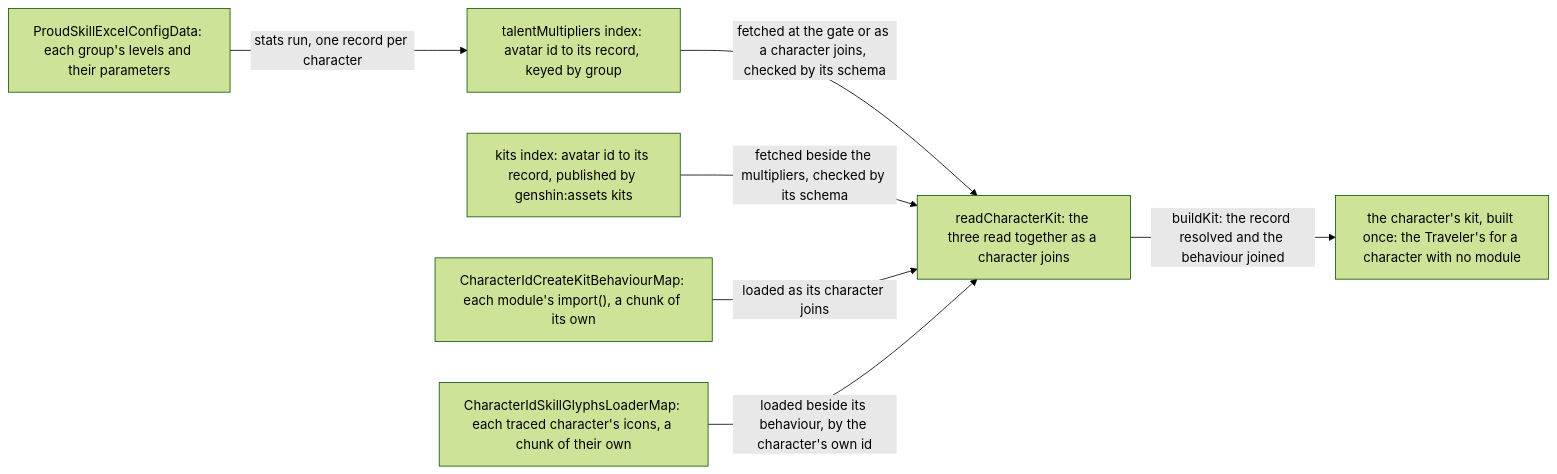
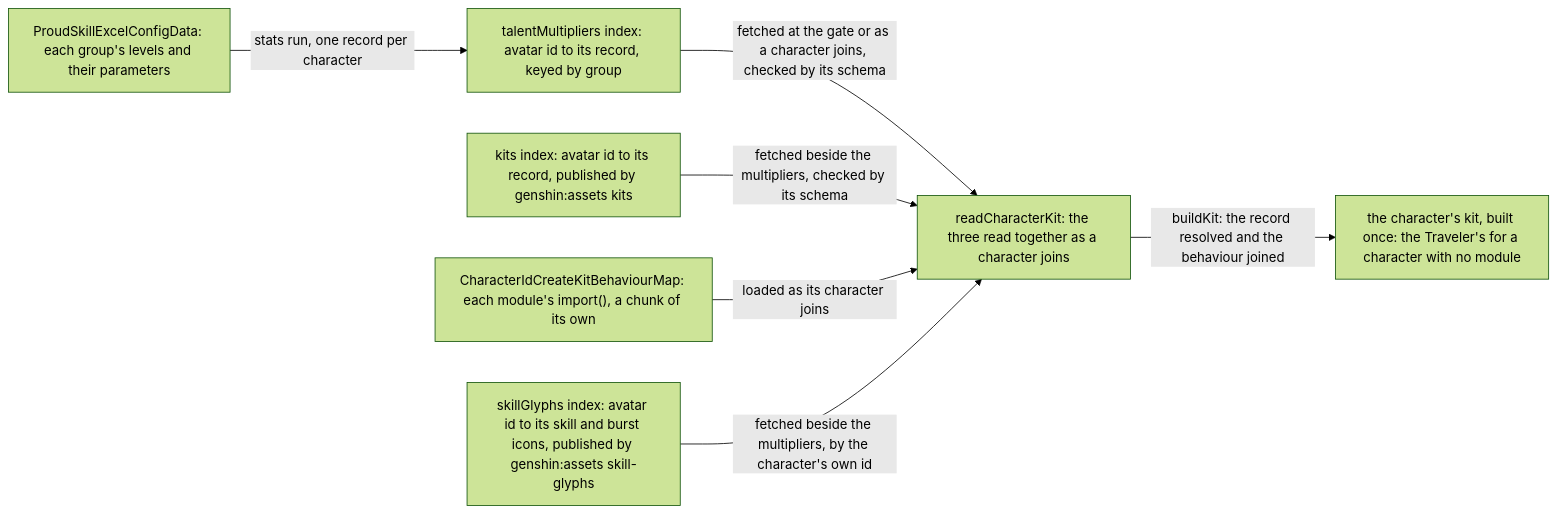
One commit to Esposter/Esposter changed the second of 5 diagrams in apps/web/content/docs/genshin/kits/index.md. Above: the diagram before and after it, drawn with Mermaid (forest theme). The commit also changed other lines of this file and 56 other files, not shown here.

````diff
--- a/apps/web/content/docs/genshin/kits/index.md
+++ b/apps/web/content/docs/genshin/kits/index.md
@@ -32,9 +32,9 @@
 ```mermaid
 flowchart LR
   P["ProudSkillExcelConfigData: each group's levels and their parameters"] -->|"stats run, one record per character"| M["talentMultipliers index: avatar id to its record, keyed by group"]
   M -->|"fetched at the gate or as a character joins, checked by its schema"| R["readCharacterKit: the three read together as a character joins"]
   K["kits index: avatar id to its record, published by genshin:assets kits"] -->|"fetched beside the multipliers, checked by its schema"| R
   C["CharacterIdCreateKitBehaviourMap: each module's import(), a chunk of its own"] -->|"loaded as its character joins"| R
-  G["CharacterIdSkillGlyphsLoaderMap: each traced character's icons, a chunk of their own"] -->|"loaded beside its behaviour, by the character's own id"| R
+  G["skillGlyphs index: avatar id to its skill and burst icons, published by genshin:assets skill-glyphs"] -->|"fetched beside the multipliers, by the character's own id"| R
   R -->|"buildKit: the record resolved and the behaviour joined"| T["the character's kit, built once: the Traveler's for a character with no module"]
 ```
````
